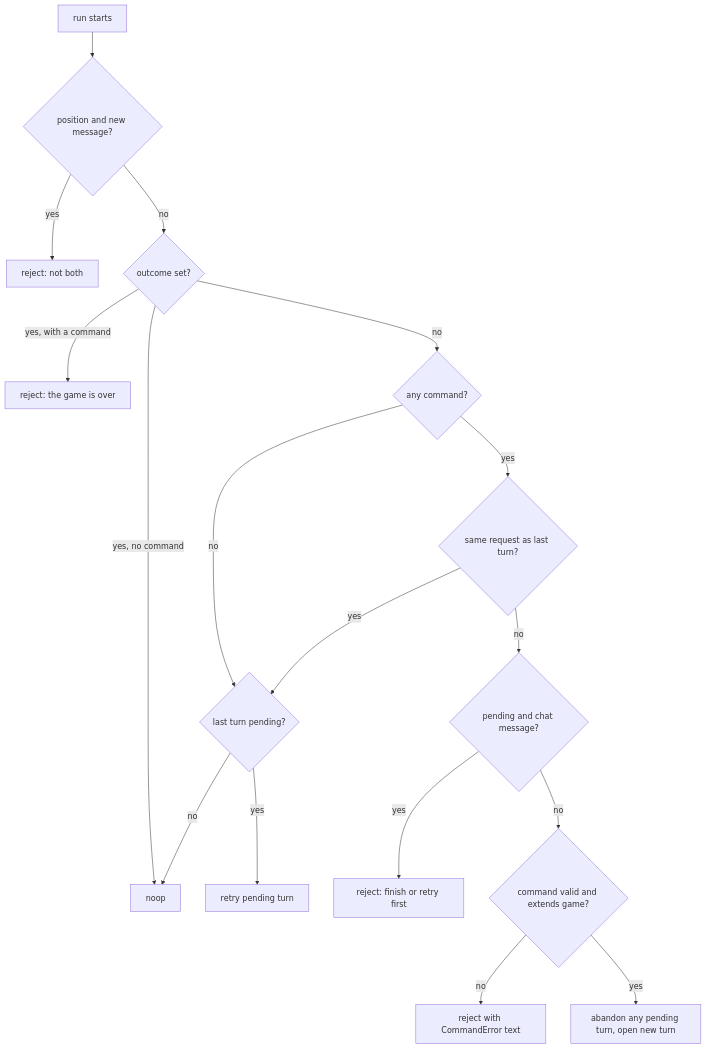
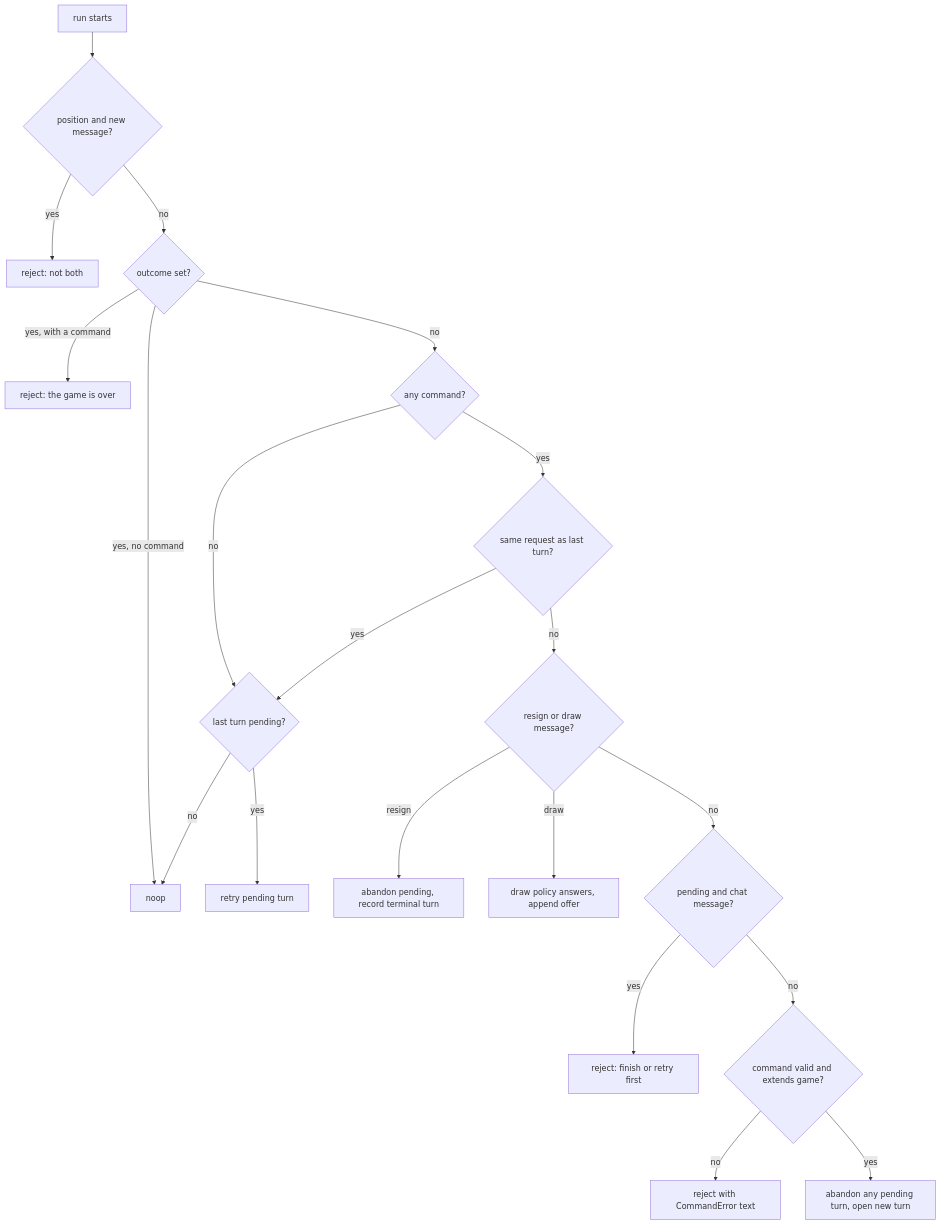
The third of 3 diagrams in openwiki/concepts/state-record.md (darieldatoon/langchain-chess), drawn with Mermaid before and after one commit. The commit also changed other lines of this file and 48 other files, not shown here.

````diff
--- a/openwiki/concepts/state-record.md
+++ b/openwiki/concepts/state-record.md
@@ -185,19 +222,22 @@
 ```mermaid
 flowchart TD
     A[run starts] --> B{"position and new message?"}
     B -- yes --> R1["reject: not both"]
     B -- no --> C{"outcome set?"}
     C -- "yes, with a command" --> R2["reject: the game is over"]
     C -- "yes, no command" --> N[noop]
     C -- no --> D{"any command?"}
     D -- no --> P{"last turn pending?"}
     P -- yes --> RT[retry pending turn]
     P -- no --> N
     D -- yes --> E{"same request as last turn?"}
     E -- yes --> P
-    E -- no --> F{"pending and chat message?"}
+    E -- no --> K{"resign or draw message?"}
+    K -- resign --> RS["abandon pending, record terminal turn"]
+    K -- draw --> DO["draw policy answers, append offer"]
+    K -- no --> F{"pending and chat message?"}
     F -- yes --> R3["reject: finish or retry first"]
     F -- no --> G{"command valid and extends game?"}
     G -- no --> R4["reject with CommandError text"]
     G -- yes --> H["abandon any pending turn, open new turn"]
 ```
````
